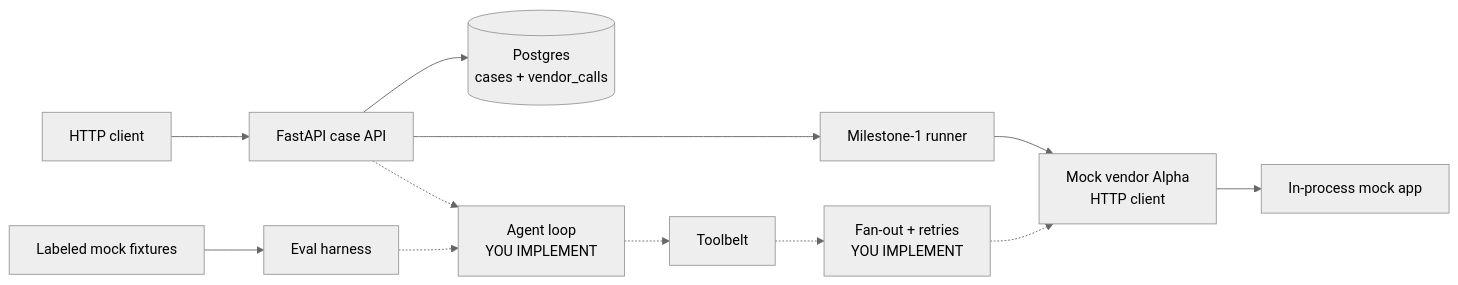
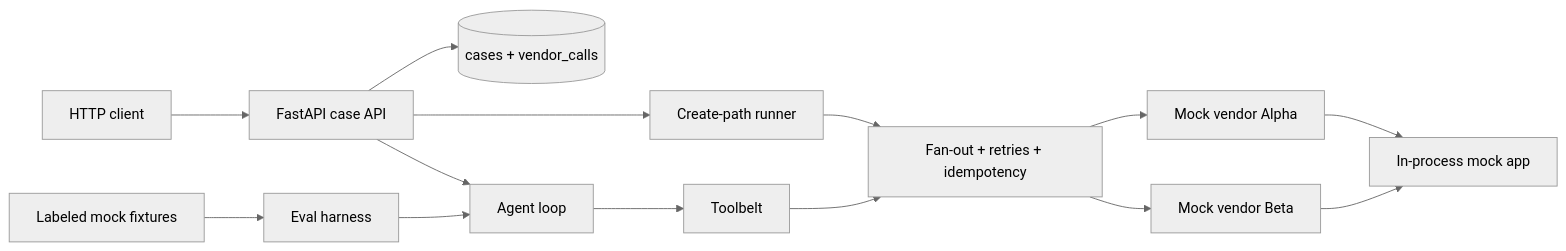
The diagram in README.md (Ashishkosana/vendor-orchestrator), drawn with Mermaid (neutral theme) before and after one commit. The commit also changed other lines of this file and 29 other files, not shown here.

First line of the commit message:
Add multi-vendor fan-out, agent decide_case, and fixture-scored evals

````diff
--- a/README.md
+++ b/README.md
@@ -26,14 +26,16 @@
 ```mermaid
 flowchart LR
     Client[HTTP client] --> API[FastAPI case API]
-    API --> PG[(Postgres\ncases + vendor_calls)]
-    API --> Runner[Milestone-1 runner]
-    Runner --> Alpha[Mock vendor Alpha\nHTTP client]
+    API --> Store[(cases + vendor_calls)]
+    API --> Runner[Create-path runner]
+    Runner --> Fanout[Fan-out + retries + idempotency]
+    API --> Agent[Agent loop]
+    Agent --> Tools[Toolbelt]
+    Tools --> Fanout
+    Fanout --> Alpha[Mock vendor Alpha]
+    Fanout --> Beta[Mock vendor Beta]
     Alpha --> Mock[In-process mock app]
-    API -.-> Agent["Agent loop\nYOU IMPLEMENT"]
-    Agent -.-> Tools[Toolbelt]
-    Tools -.-> Fanout["Fan-out + retries\nYOU IMPLEMENT"]
-    Fanout -.-> Alpha
-    Evals[Eval harness] -.-> Agent
+    Beta --> Mock
+    Evals[Eval harness] --> Agent
     Fixtures[Labeled mock fixtures] --> Evals
 ```
````
